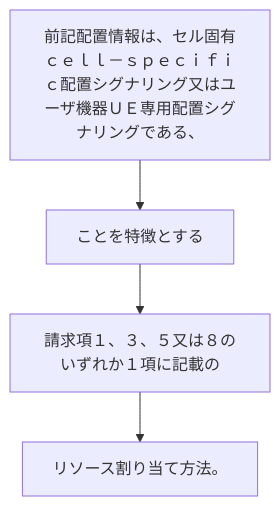
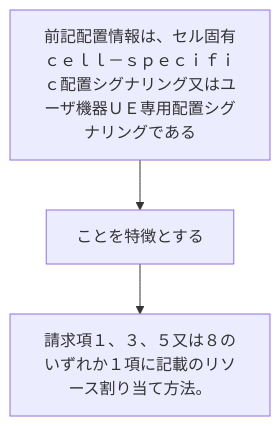
Before and after one commit to shinmori55/patent_analyzed: the diagram in 2024/JP2024029186A/claim_10/README.md, drawn with Mermaid. The commit also changed 336 other files, not shown here.

````diff
--- a/2024/JP2024029186A/claim_10/README.md
+++ b/2024/JP2024029186A/claim_10/README.md
@@ -2,10 +2,8 @@
 ```mermaid
 flowchart TD
-A[前記配置情報は、セル固有ｃｅｌｌ－ｓｐｅｃｉｆｉｃ配置シグナリング又はユーザ機器ＵＥ専用配置シグナリングである、]
+A[前記配置情報は、セル固有ｃｅｌｌ－ｓｐｅｃｉｆｉｃ配置シグナリング又はユーザ機器ＵＥ専用配置シグナリングである]
 B[ことを特徴とする]
-C[請求項１、３、５又は８のいずれか１項に記載の]
-D[リソース割り当て方法。]
+C[請求項１、３、５又は８のいずれか１項に記載のリソース割り当て方法。]
 A --> B
 B --> C
-C --> D
 ```
````
